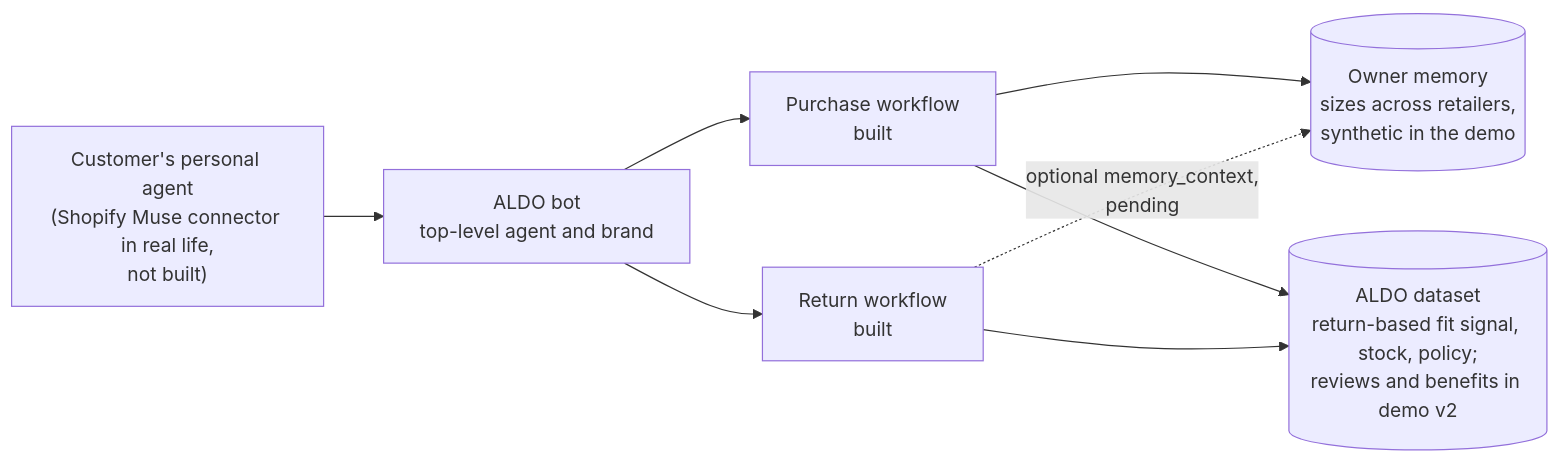
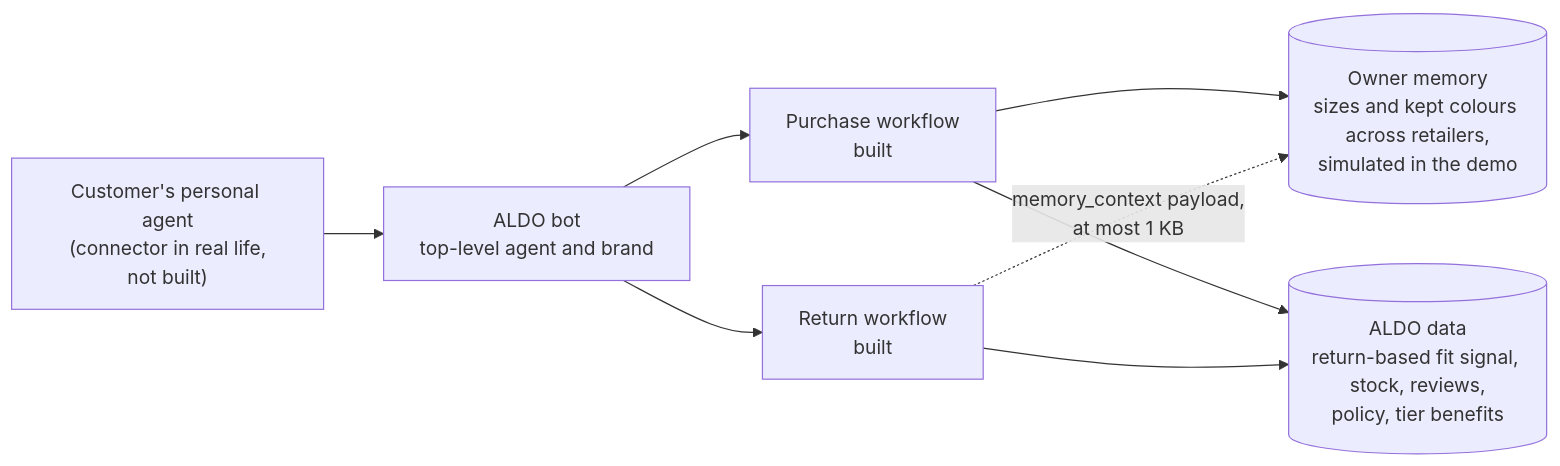
Before and after one commit to MinsuKin/aldo-return-agent: the first of 2 diagrams in README.md, drawn with Mermaid. The commit also changed other lines of this file and 5 other files, not shown here.

````diff
--- a/README.md
+++ b/README.md
@@ -15,17 +19,17 @@
 ```mermaid
 flowchart LR
-    pa["Customer's personal agent<br/>(Shopify Muse connector in real life,<br/>not built)"]
+    pa["Customer's personal agent<br/>(connector in real life,<br/>not built)"]
     bot["ALDO bot<br/>top-level agent and brand"]
     pw["Purchase workflow<br/>built"]
     rw["Return workflow<br/>built"]
-    mem[("Owner memory<br/>sizes across retailers,<br/>synthetic in the demo")]
-    data[("ALDO dataset<br/>return-based fit signal, stock, policy;<br/>reviews and benefits in demo v2")]
+    mem[("Owner memory<br/>sizes and kept colours across retailers,<br/>simulated in the demo")]
+    data[("ALDO data<br/>return-based fit signal, stock, reviews,<br/>policy, tier benefits")]
 
     pa --> bot
     bot --> pw
     bot --> rw
     pw --> mem
     pw --> data
     rw --> data
-    rw -.->|"optional memory_context,<br/>pending"| mem
+    rw -.->|"memory_context payload,<br/>at most 1 KB"| mem
 ```
````
